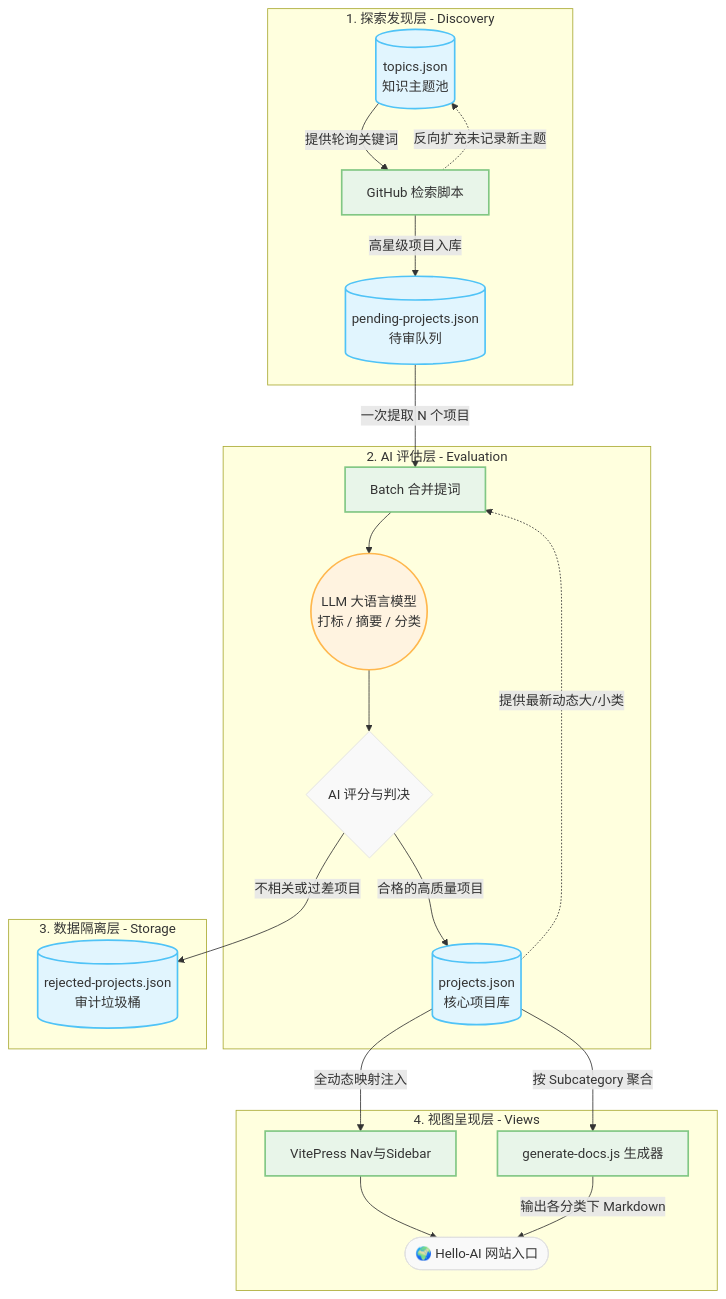
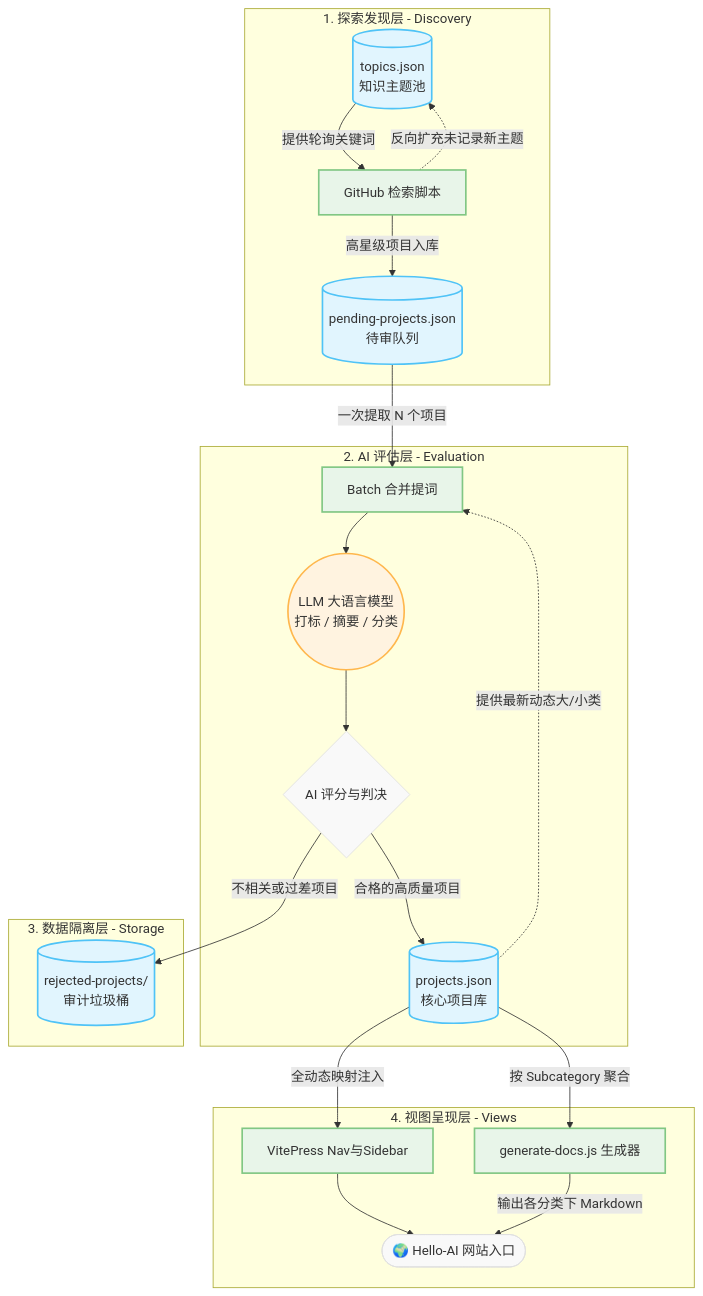
One commit to xxxily/hello-ai changed the diagram in README-zh.md. Above: the diagram before and after it, drawn with Mermaid. The commit also changed other lines of this file and 120 other files, not shown here.

Commit message:
Split large rejected-projects.json into chunks (part-1 to part-5) to avoid GitHub size limit

````diff
--- a/README-zh.md
+++ b/README-zh.md
@@ -62,32 +62,32 @@
 ```mermaid
 graph TD
     classDef default fill:#f9f9f9,stroke:#e0e0e0,stroke-width:1px;
     classDef database fill:#e1f5fe,stroke:#4fc3f7,stroke-width:2px;
     classDef ai fill:#fff3e0,stroke:#ffb74d,stroke-width:2px;
     classDef process fill:#e8f5e9,stroke:#81c784,stroke-width:2px;
     
     subgraph Discovery [1. 探索发现层 - Discovery]
         T[(topics.json<br/>知识主题池)]:::database -->|提供轮询关键词| Fetch[GitHub 检索脚本]:::process
         Fetch -.->|反向扩充未记录新主题| T
         Fetch -->|高星级项目入库| Q[(pending-projects.json<br/>待审队列)]:::database
     end
 
     subgraph Evaluation [2. AI 评估层 - Evaluation]
         Q -->|一次提取 N 个项目| P[Batch 合并提词]:::process
         DB[(projects.json<br/>核心项目库)]:::database -.->|提供最新动态大/小类| P
         P --> LLM((LLM 大语言模型<br/>打标 / 摘要 / 分类)):::ai
         LLM --> Condition{AI 评分与判决}
     end
 
     subgraph Storage [3. 数据隔离层 - Storage]
-        Condition -->|不相关或过差项目| R[(rejected-projects.json<br/>审计垃圾桶)]:::database
+        Condition -->|不相关或过差项目| R[(rejected-projects/<br/>审计垃圾桶)]:::database
         Condition -->|合格的高质量项目| DB
     end
 
     subgraph Frontend [4. 视图呈现层 - Views]
         DB -->|全动态映射注入| Vite[VitePress Nav与Sidebar]:::process
         DB -->|按 Subcategory 聚合| Gen[generate-docs.js 生成器]:::process
         Vite --> Site([🌍 Hello-AI 网站入口])
         Gen -->|输出各分类下 Markdown| Site
     end
 ```
````
